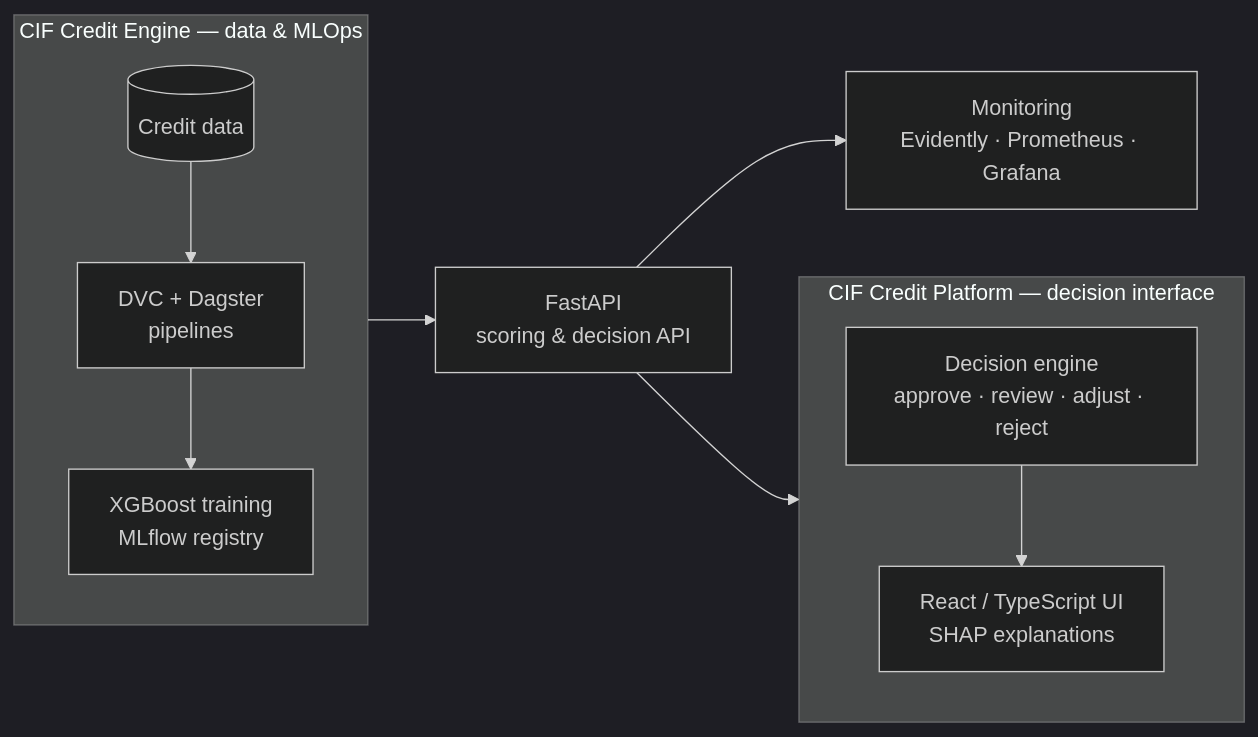
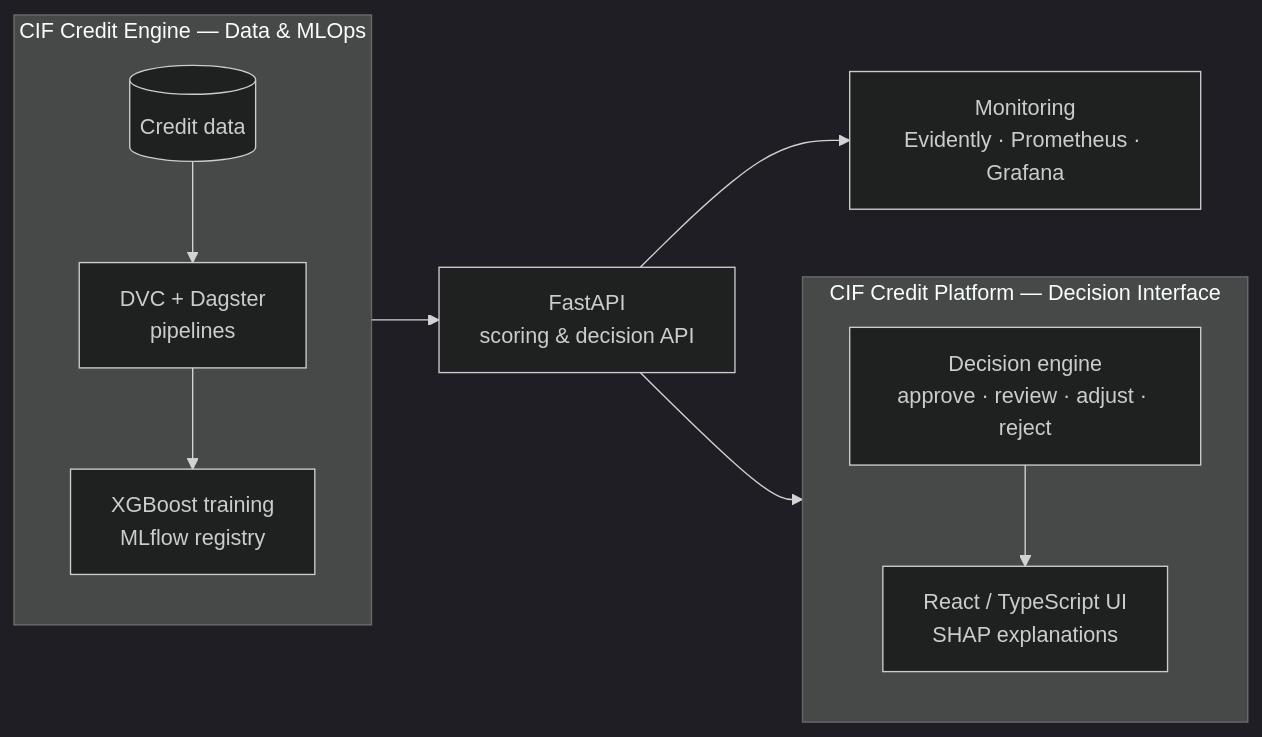
One commit to Sow221/Sow221 changed the diagram in README.md. Above: the diagram before and after it, drawn with Mermaid (dark theme). The commit also changed other lines of this file, not shown here.

````diff
--- a/README.md
+++ b/README.md
@@ -75,18 +84,21 @@
 ```mermaid
 flowchart LR
-    subgraph ENGINE["CIF Credit Engine — data & MLOps"]
+
+    subgraph ENGINE["CIF Credit Engine — Data & MLOps"]
         direction TB
         D[("Credit data")] --> P["DVC + Dagster<br/>pipelines"]
         P --> T["XGBoost training<br/>MLflow registry"]
     end
 
     T --> API["FastAPI<br/>scoring & decision API"]
+
     API --> M["Monitoring<br/>Evidently · Prometheus · Grafana"]
 
-    subgraph PLATFORM["CIF Credit Platform — decision interface"]
+    subgraph PLATFORM["CIF Credit Platform — Decision Interface"]
         direction TB
-        DE["Decision engine<br/>approve · review · adjust · reject"] --> UI["React / TypeScript UI<br/>SHAP explanations"]
+        DE["Decision engine<br/>approve · review · adjust · reject"]
+        DE --> UI["React / TypeScript UI<br/>SHAP explanations"]
     end
 
     API --> DE
 ```
````
